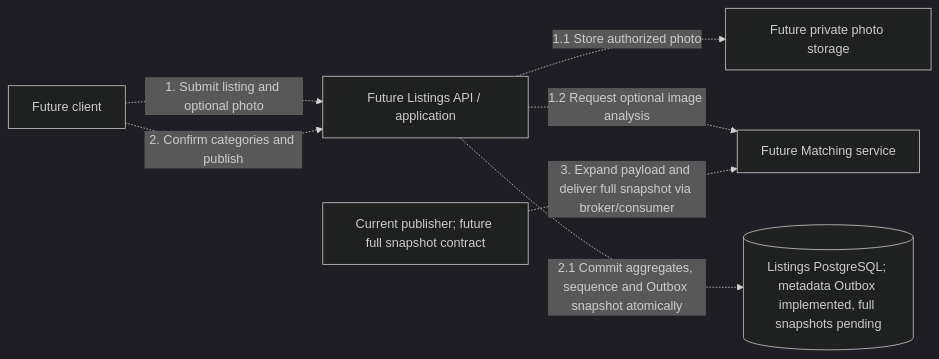
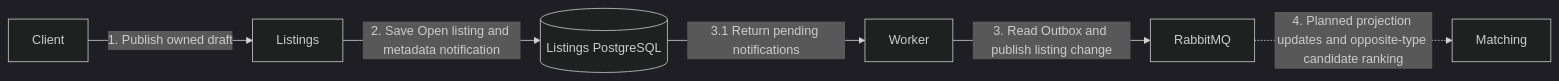
Diagram 14 of 14 in src/Services/Listings/COMMUNICATION.md (bogdan-spilevoi/ASET-master-year-1), drawn with Mermaid (dark theme) before and after one commit. The commit also changed other lines of this file and 147 other files, not shown here.

First line of the commit message:
Add draft photo analysis workflow

````diff
--- a/src/Services/Listings/COMMUNICATION.md
+++ b/src/Services/Listings/COMMUNICATION.md
@@ -397,15 +460,8 @@
 ```mermaid
 flowchart LR
-    Client["Future client"]
-    Listings["Future Listings API / application"]
-    DB[("Listings PostgreSQL; metadata Outbox implemented, full snapshots pending")]
-    Storage["Future private photo storage"]
-    Matching["Future Matching service"]
-    Worker["Current publisher; future full snapshot contract"]
-    Client -.->|"1. Submit listing and optional photo"| Listings
-    Listings -.->|"1.1 Store authorized photo"| Storage
-    Listings -.->|"1.2 Request optional image analysis"| Matching
-    Client -.->|"2. Confirm categories and publish"| Listings
-    Listings -.->|"2.1 Commit aggregates, sequence and Outbox snapshot atomically"| DB
-    Worker -.->|"3. Expand payload and deliver full snapshot via broker/consumer"| Matching
+    Client -->|"1. Publish owned draft"| Listings
+    Listings -->|"2. Save Open listing and metadata notification"| DB[(Listings PostgreSQL)]
+    Worker -->|"3. Read Outbox and publish listing change"| RabbitMQ
+    DB -->|"3.1 Return pending notifications"| Worker
+    RabbitMQ -.->|"4. Planned projection updates and opposite-type candidate ranking"| Matching
 ```
````
